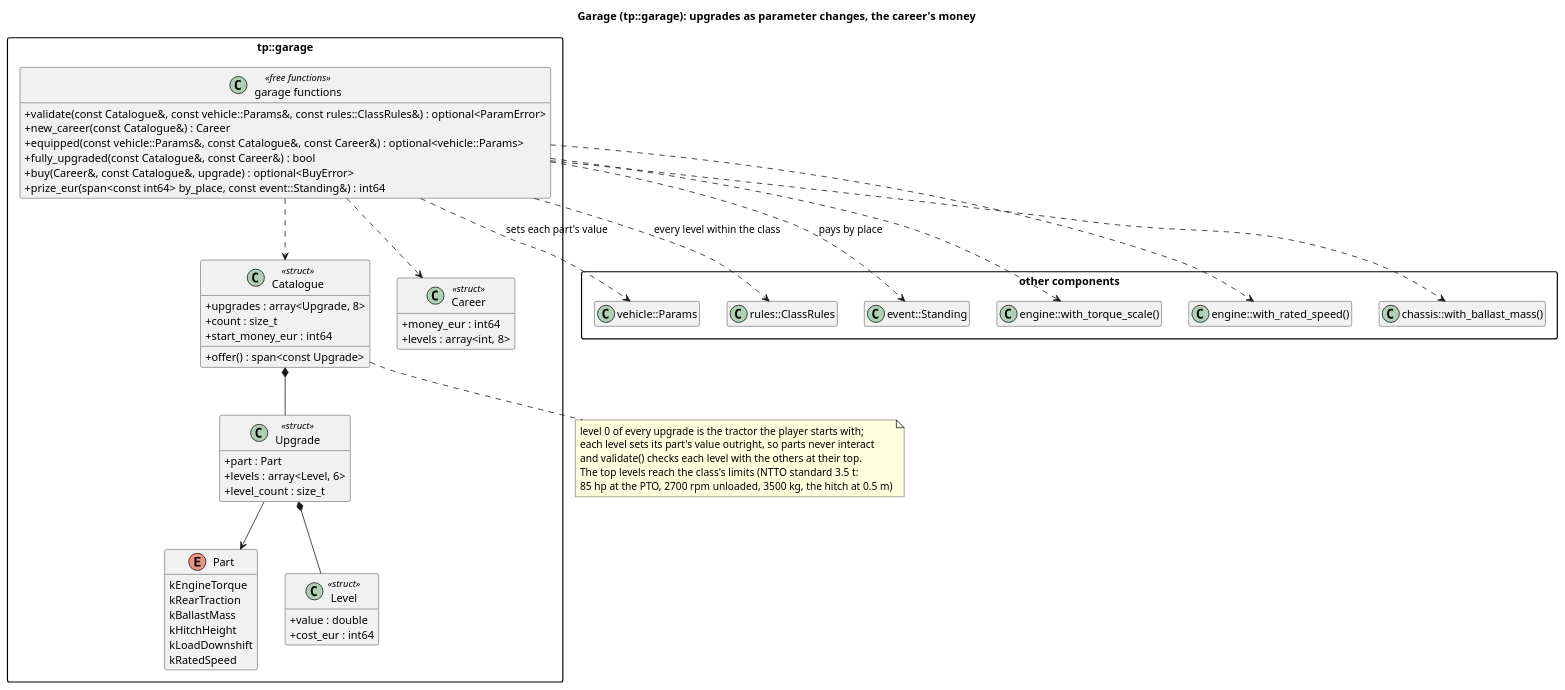
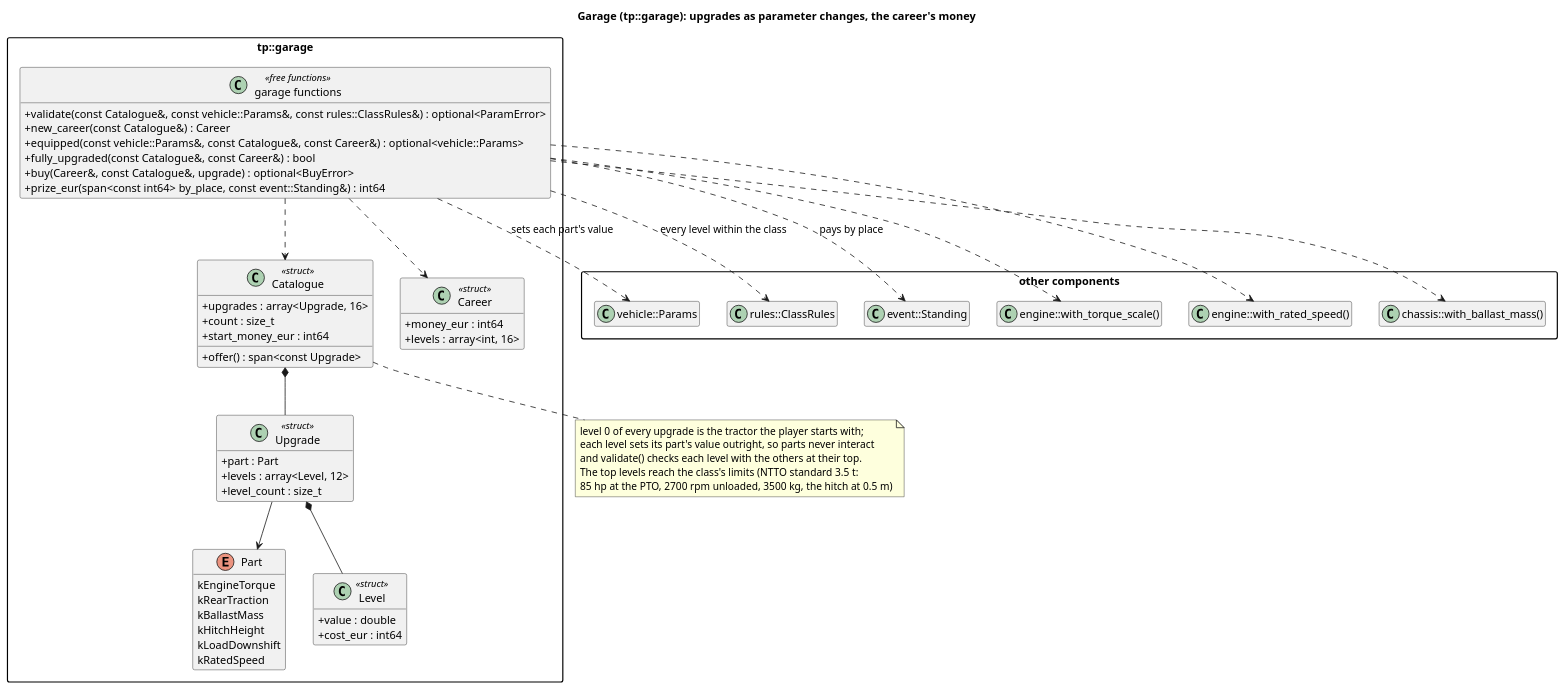
Before and after one commit to wversteeg/TractorPulling: the diagram in docs/diagrams/garage_classes.puml, drawn with PlantUML. The commit also changed 14 other files, not shown here.

```diff
--- a/docs/diagrams/garage_classes.puml
+++ b/docs/diagrams/garage_classes.puml
@@ -1,71 +1,71 @@
 @startuml garage_classes
 title Garage (tp::garage): upgrades as parameter changes, the career's money
 hide empty members
 skinparam packageStyle rectangle
 skinparam classAttributeIconSize 0
 
 package "other components" {
   class "vehicle::Params" as Tractor
   class "rules::ClassRules" as ClassRules
   class "event::Standing" as EventStanding
   class "engine::with_torque_scale()" as TorqueScale
   class "engine::with_rated_speed()" as RatedSpeed
   class "chassis::with_ballast_mass()" as BallastMass
 }
 
 package "tp::garage" {
   enum Part {
     kEngineTorque
     kRearTraction
     kBallastMass
     kHitchHeight
     kLoadDownshift
     kRatedSpeed
   }
   class Level <<struct>> {
     +value : double
     +cost_eur : int64
   }
   class Upgrade <<struct>> {
     +part : Part
-    +levels : array<Level, 6>
+    +levels : array<Level, 12>
     +level_count : size_t
   }
   class Catalogue <<struct>> {
-    +upgrades : array<Upgrade, 8>
+    +upgrades : array<Upgrade, 16>
     +count : size_t
     +start_money_eur : int64
     +offer() : span<const Upgrade>
   }
   class Career <<struct>> {
     +money_eur : int64
-    +levels : array<int, 8>
+    +levels : array<int, 16>
   }
   class "garage functions" as GarageFns <<free functions>> {
     +validate(const Catalogue&, const vehicle::Params&, const rules::ClassRules&) : optional<ParamError>
     +new_career(const Catalogue&) : Career
     +equipped(const vehicle::Params&, const Catalogue&, const Career&) : optional<vehicle::Params>
     +fully_upgraded(const Catalogue&, const Career&) : bool
     +buy(Career&, const Catalogue&, upgrade) : optional<BuyError>
     +prize_eur(span<const int64> by_place, const event::Standing&) : int64
   }
   Catalogue *-- Upgrade
   Upgrade *-- Level
   Upgrade --> Part
   GarageFns ..> Catalogue
   GarageFns ..> Career
 }
 GarageFns ..> Tractor : sets each part's value
 GarageFns ..> ClassRules : every level within the class
 GarageFns ..> EventStanding : pays by place
 GarageFns ..> TorqueScale
 GarageFns ..> RatedSpeed
 GarageFns ..> BallastMass
 note bottom of Catalogue
   level 0 of every upgrade is the tractor the player starts with;
   each level sets its part's value outright, so parts never interact
   and validate() checks each level with the others at their top.
   The top levels reach the class's limits (NTTO standard 3.5 t:
   85 hp at the PTO, 2700 rpm unloaded, 3500 kg, the hitch at 0.5 m)
 end note
 @enduml
```
